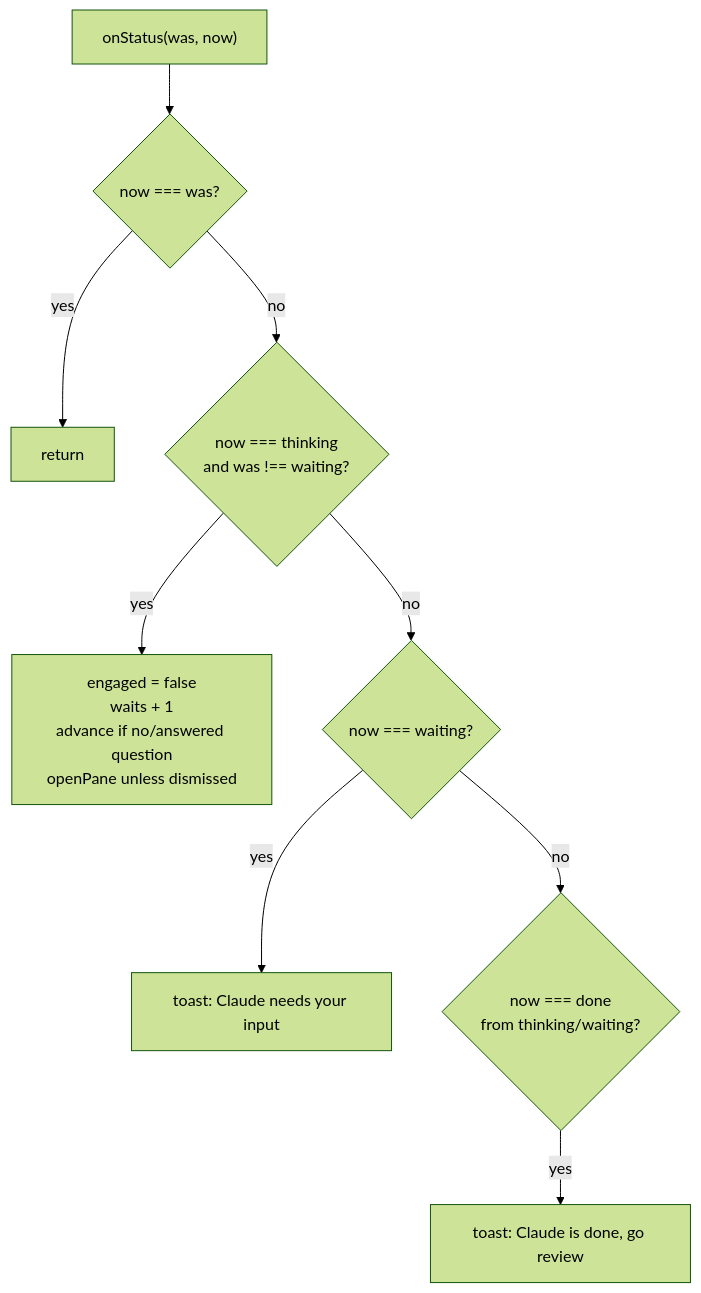
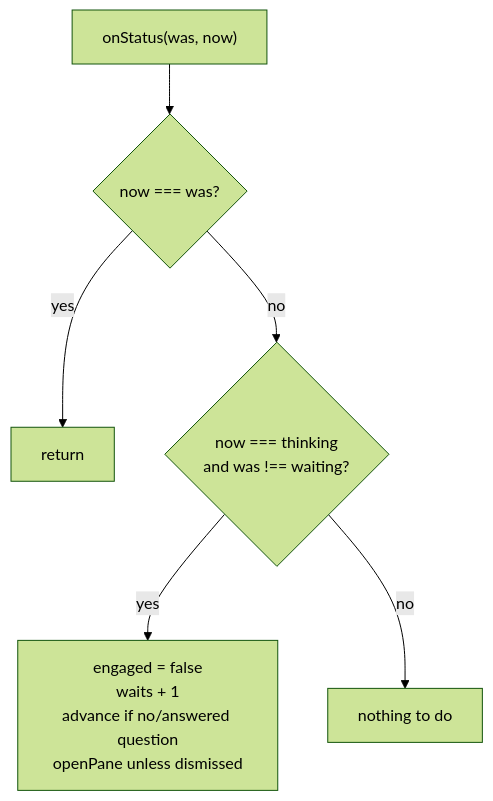
One commit to mingzew/biteq changed the eighth of 12 diagrams in docs/lesson-plan.md. Above: the diagram before and after it, drawn with Mermaid (forest theme). The commit also changed other lines of this file and 17 other files, not shown here.

````diff
--- a/docs/lesson-plan.md
+++ b/docs/lesson-plan.md
@@ -391,11 +393,8 @@
 ```mermaid
 flowchart TB
   OS["onStatus(was, now)"] --> SAME{"now === was?"}
   SAME -->|yes| STOP["return"]
   SAME -->|no| T{"now === thinking<br/>and was !== waiting?"}
   T -->|yes| A["engaged = false<br/>waits + 1<br/>advance if no/answered question<br/>openPane unless dismissed"]
-  T -->|no| W{"now === waiting?"}
-  W -->|yes| B["toast: Claude needs your input"]
-  W -->|no| D{"now === done<br/>from thinking/waiting?"}
-  D -->|yes| C["toast: Claude is done, go review"]
+  T -->|no| N["nothing to do"]
 ```
````
